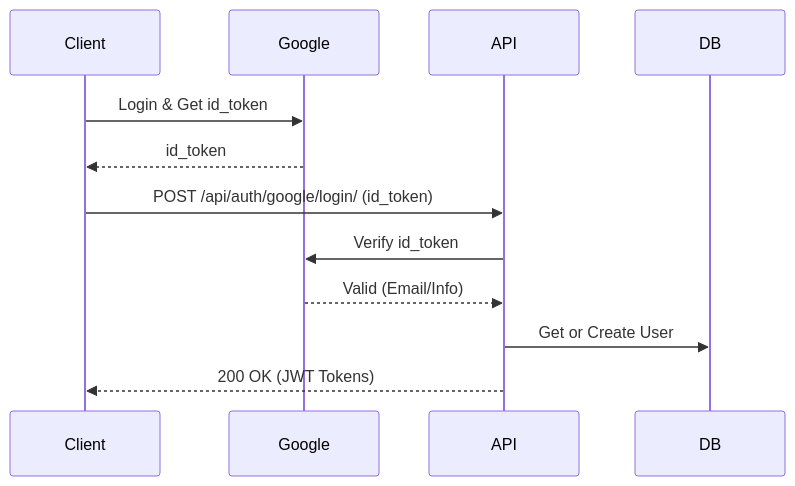
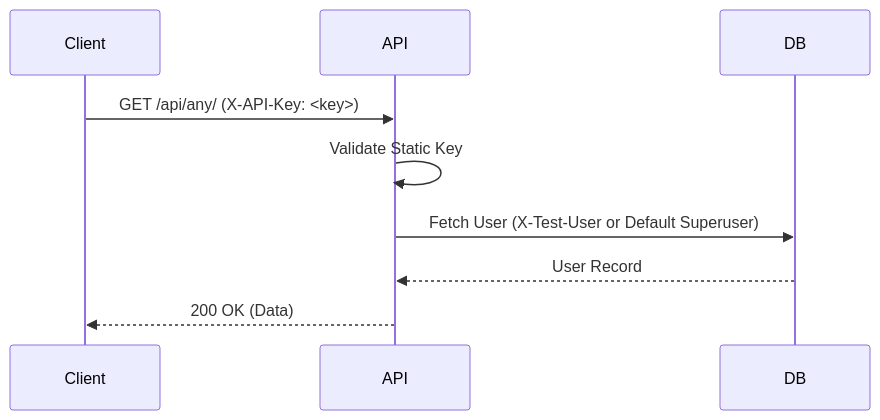
Before and after one commit to amirhossein-moloki/Blog: the second of 2 diagrams in docs/AUTH_DOCUMENTATION.md, drawn with Mermaid. The commit also changed other lines of this file and 11 other files, not shown here.

````diff
--- a/docs/AUTH_DOCUMENTATION.md
+++ b/docs/AUTH_DOCUMENTATION.md
@@ -59,15 +59,12 @@
 ```mermaid
 sequenceDiagram
     participant Client
-    participant Google
     participant API
     participant DB
 
-    Client->>Google: Login & Get id_token
-    Google-->>Client: id_token
-    Client->>API: POST /api/auth/google/login/ (id_token)
-    API->>Google: Verify id_token
-    Google-->>API: Valid (Email/Info)
-    API->>DB: Get or Create User
-    API-->>Client: 200 OK (JWT Tokens)
+    Client->>API: GET /api/any/ (X-API-Key: <key>)
+    API->>API: Validate Static Key
+    API->>DB: Fetch User (X-Test-User or Default Superuser)
+    DB-->>API: User Record
+    API-->>Client: 200 OK (Data)
 ```
````
